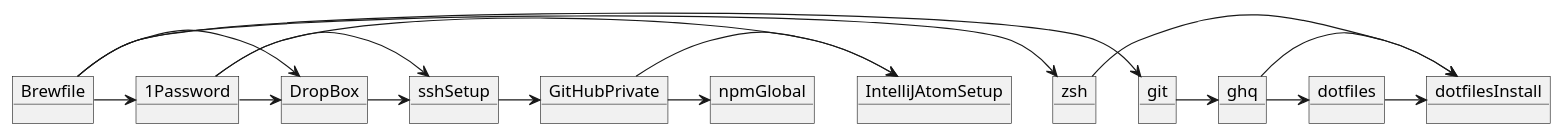
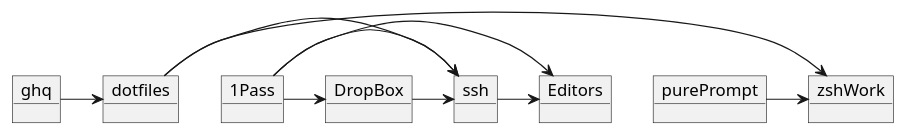
One commit to elzup/dotfiles changed the diagram in dependency.pu. Above: the diagram before and after it, drawn with PlantUML.

Commit message:
Doc: hand process only

```diff
--- a/dependency.pu
+++ b/dependency.pu
@@ -1,49 +1,35 @@
 @startuml
 
-object Brewfile
+object dotfiles
+object ghq
 
-object git
-object ghq
-object zsh
+object purePrompt
 
-object dotfiles
-object dotfilesInstall
-object npmGlobal
+object zshWork
+
+' File
+object ssh
+
+' App
+object 1Pass
+object DropBox
+
+' Atom, JetBrains
+object Editors
+ghq->dotfiles
 
 
-' File
-object sshSetup
+1Pass->ssh
+1Pass->DropBox
 
-' App
-object 1Password
-object DropBox
+1Pass->Editors
 
-' App config
-object IntelliJAtomSetup
+dotfiles->zshWork
+purePrompt->zshWork
 
-' Service
-object GitHubPrivate
 
-Brewfile->git
-Brewfile->zsh
-Brewfile->DropBox
-Brewfile->1Password
-
-1Password->sshSetup
-1Password->DropBox
-
-1Password->IntelliJAtomSetup
-
-zsh->dotfilesInstall
-ghq->dotfiles
-git->ghq
-DropBox->sshSetup
-sshSetup->GitHubPrivate
-
-GitHubPrivate->IntelliJAtomSetup
-GitHubPrivate->npmGlobal
-
-ghq->dotfilesInstall
-dotfiles->dotfilesInstall
+dotfiles->ssh
+DropBox->ssh
+ssh->Editors
 
 @enduml
```
